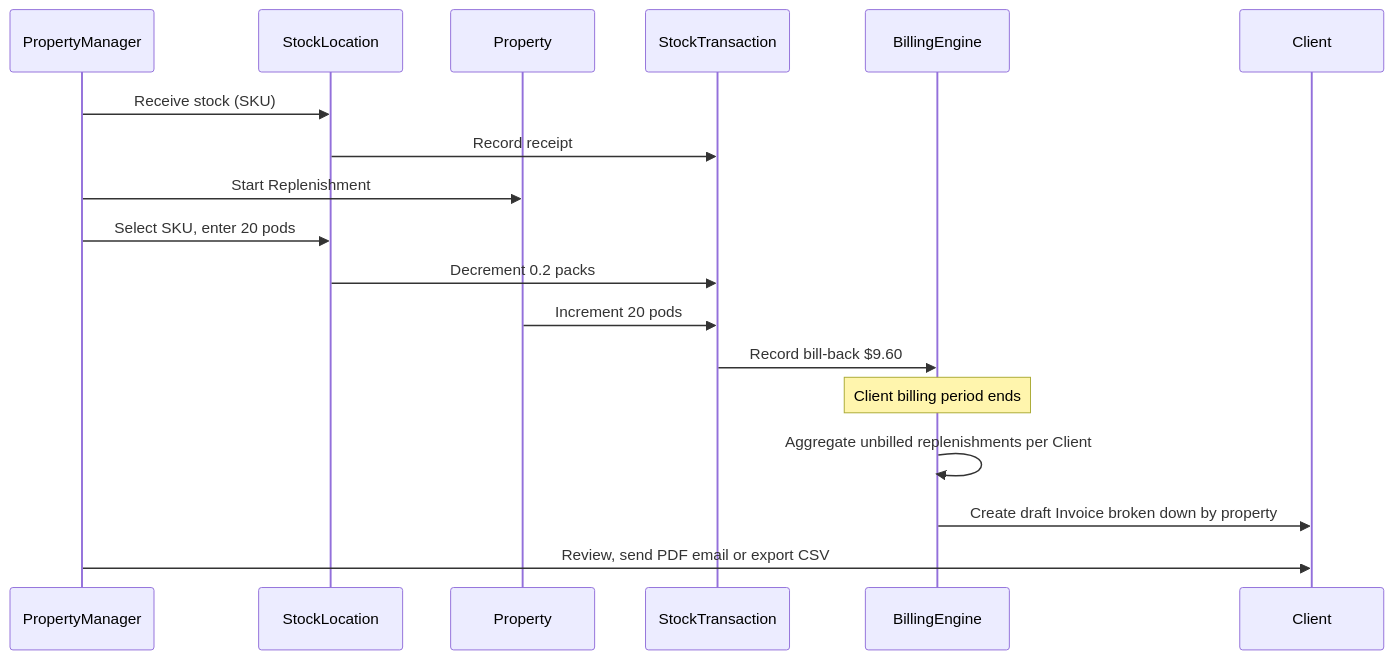
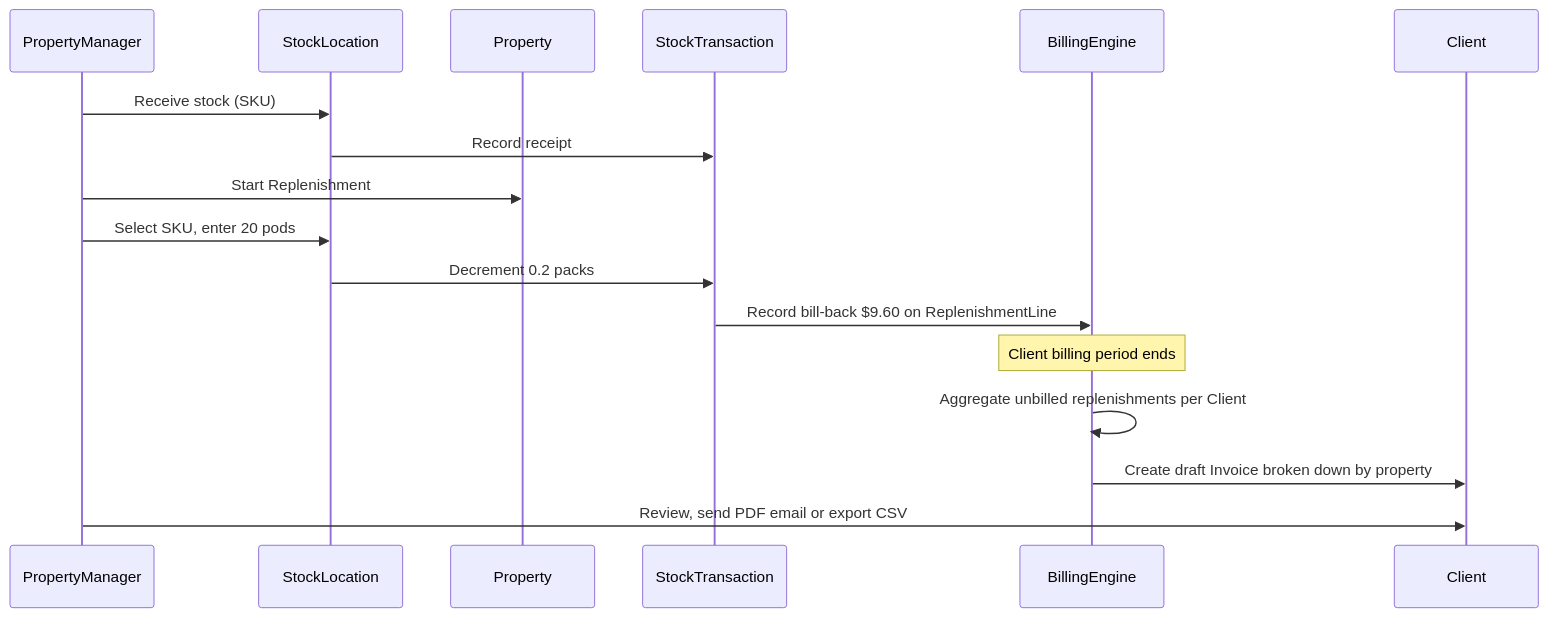
The third of 4 diagrams in docs/requirements.md (Ironkd/StockStay), drawn with Mermaid before and after one commit. The commit also changed other lines of this file and 18 other files, not shown here.

````diff
--- a/docs/requirements.md
+++ b/docs/requirements.md
@@ -812,21 +824,20 @@
 ```mermaid
 sequenceDiagram
   participant PM as PropertyManager
   participant SL as StockLocation
   participant Prop as Property
   participant Ledger as StockTransaction
   participant Bill as BillingEngine
   participant Client as Client
 
   PM->>SL: Receive stock (SKU)
   SL->>Ledger: Record receipt
   PM->>Prop: Start Replenishment
   PM->>SL: Select SKU, enter 20 pods
   SL->>Ledger: Decrement 0.2 packs
-  Prop->>Ledger: Increment 20 pods
-  Ledger->>Bill: Record bill-back $9.60
+  Ledger->>Bill: Record bill-back $9.60 on ReplenishmentLine
   Note over Bill: Client billing period ends
   Bill->>Bill: Aggregate unbilled replenishments per Client
   Bill->>Client: Create draft Invoice broken down by property
   PM->>Client: Review, send PDF email or export CSV
 ```
````
